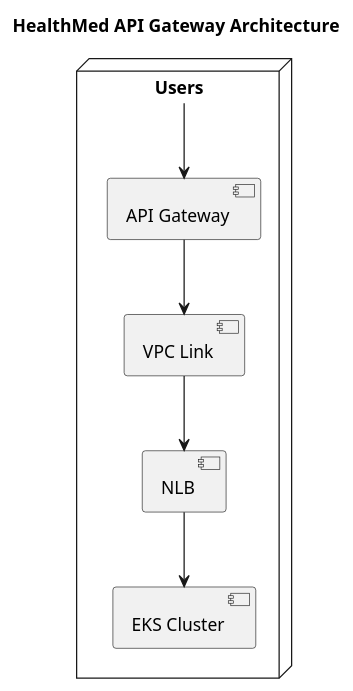
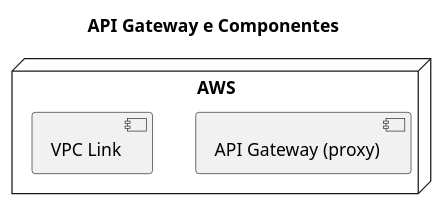
One commit to jfelipearaujo-healthmed/api-gateway-iac changed the diagram in docs/architecture.puml. Above: the diagram before and after it, drawn with PlantUML. The commit also changed 2 other files, not shown here.

```diff
--- a/docs/architecture.puml
+++ b/docs/architecture.puml
@@ -1,17 +1,10 @@
 @startuml architecture
 
-title "HealthMed API Gateway Architecture"
+title "API Gateway e Componentes"
 
-node "Users" as gateway {
-    component "API Gateway" as api_gateway
+node "AWS" as gateway {
+    component "API Gateway (proxy)" as api_gateway
     component "VPC Link" as vpc_link
-    component "NLB" as nlb
-    component "EKS Cluster" as eks
 }
 
-gateway --> api_gateway
-api_gateway --> vpc_link
-vpc_link --> nlb
-nlb --> eks
-
 @enduml
```
